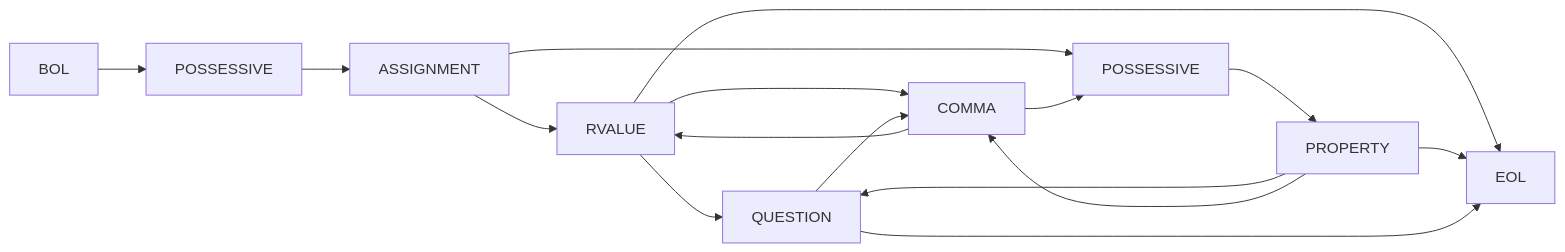
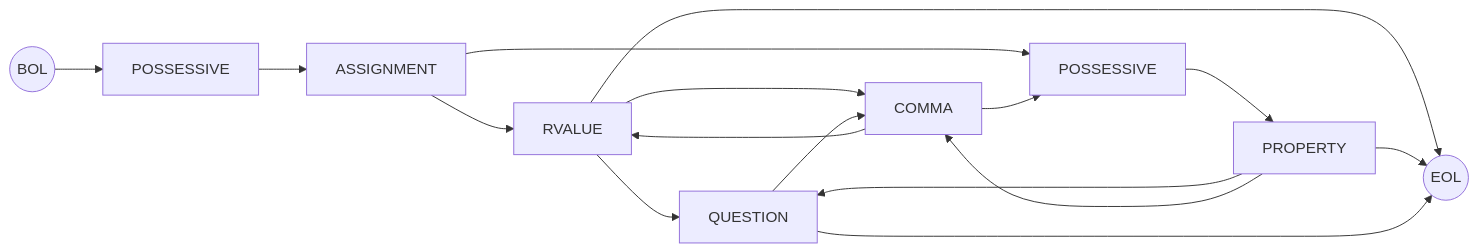
The first of 15 diagrams in documentation/nfsm.md (rewhowe/snapdragon), drawn with Mermaid before and after one commit. The commit also changed other lines of this file and 16 other files, not shown here.

````diff
--- a/documentation/nfsm.md
+++ b/documentation/nfsm.md
@@ -19,24 +23,24 @@
 ```mermaid
 graph LR
-  BOL --> POSSESSIVE_1[POSSESSIVE]
+  BOL((BOL)) --> POSSESSIVE_1[POSSESSIVE]
   POSSESSIVE_1[POSSESSIVE] --> ASSIGNMENT
 
   ASSIGNMENT --> RVALUE
   ASSIGNMENT --> POSSESSIVE_2[POSSESSIVE]
 
   RVALUE --> EOL
   RVALUE --> QUESTION
   RVALUE --> COMMA
 
   POSSESSIVE_2[POSSESSIVE] --> PROPERTY
 
   PROPERTY --> EOL
   PROPERTY --> QUESTION
   PROPERTY --> COMMA
 
   COMMA --> RVALUE
   COMMA --> POSSESSIVE_2[POSSESSIVE]
 
   QUESTION --> COMMA
-  QUESTION --> EOL
+  QUESTION --> EOL((EOL))
 ```
````
